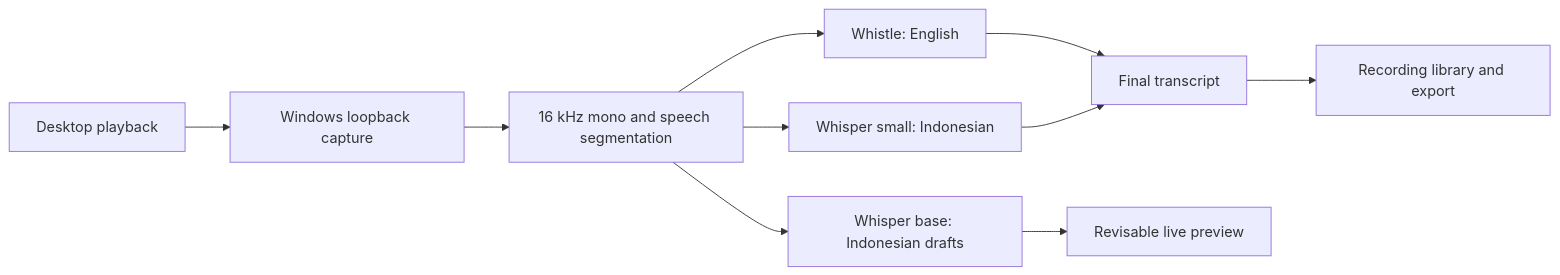
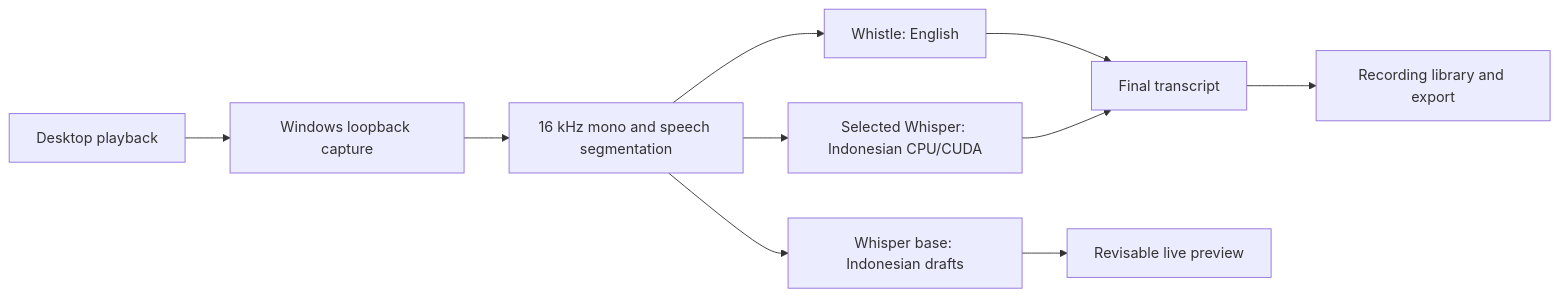
One commit to Eriqo90AW/depth-ai changed the diagram in README.md. Above: the diagram before and after it, drawn with Mermaid. The commit also changed other lines of this file and 59 other files, not shown here.

````diff
--- a/README.md
+++ b/README.md
@@ -204,12 +235,12 @@
 ```mermaid
 flowchart LR
     A[Desktop playback] --> B[Windows loopback capture]
     B --> C[16 kHz mono and speech segmentation]
     C --> D[Whistle: English]
-    C --> E[Whisper small: Indonesian]
+    C --> E[Selected Whisper: Indonesian CPU/CUDA]
     C --> G[Whisper base: Indonesian drafts]
     D --> F[Final transcript]
     E --> F
     G --> H[Revisable live preview]
     F --> I[Recording library and export]
 ```
````
